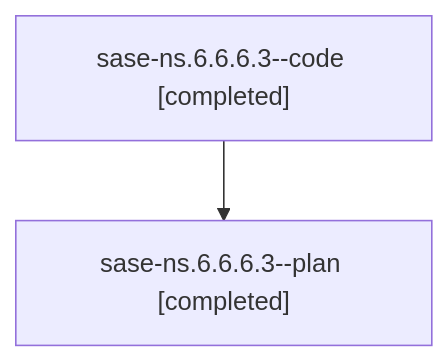
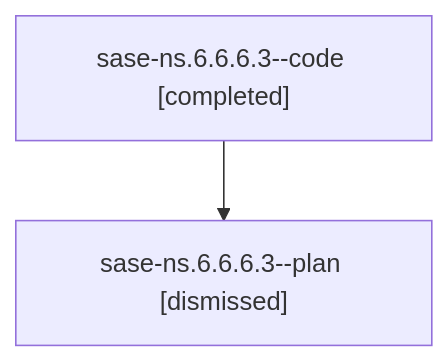
One commit to sase-org/sase--agents changed the diagram in families/bbugyi200.athena.sase-ns.6.6.6.3.md. Above: the diagram before and after it, drawn with Mermaid. The commit also changed other lines of this file and 200 other files, not shown here.

````diff
--- a/families/bbugyi200.athena.sase-ns.6.6.6.3.md
+++ b/families/bbugyi200.athena.sase-ns.6.6.6.3.md
@@ -9,6 +9,6 @@
 ```mermaid
 flowchart TD
   n0["sase-ns.6.6.6.3--code [completed]"]
-  n1["sase-ns.6.6.6.3--plan [completed]"]
+  n1["sase-ns.6.6.6.3--plan [dismissed]"]
   n0 --> n1
 ```
````
